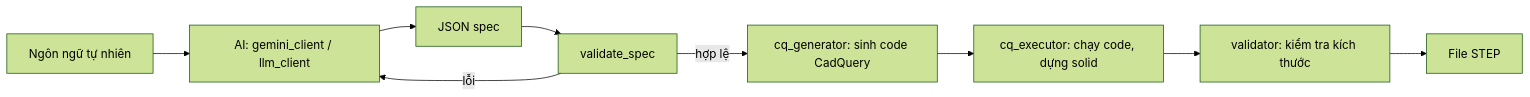
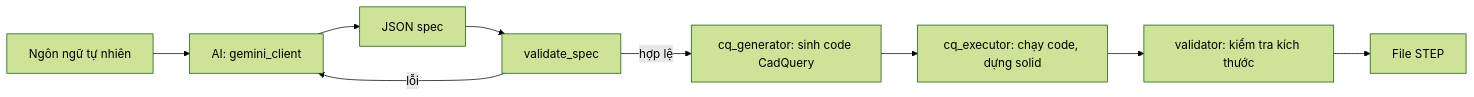
The diagram in README.md (vanduy001/cad-ai-project), drawn with Mermaid (forest theme) before and after one commit. The commit also changed other lines of this file, not shown here.

````diff
--- a/README.md
+++ b/README.md
@@ -8,11 +10,11 @@
 ```mermaid
 flowchart LR
-    A[Ngôn ngữ tự nhiên] --> B[AI: gemini_client / llm_client]
+    A[Ngôn ngữ tự nhiên] --> B[AI: gemini_client]
     B --> C[JSON spec]
     C --> D[validate_spec]
     D -->|lỗi| B
     D -->|hợp lệ| E[cq_generator: sinh code CadQuery]
     E --> F[cq_executor: chạy code, dựng solid]
     F --> G[validator: kiểm tra kích thước]
     G --> H[File STEP]
 ```
````
